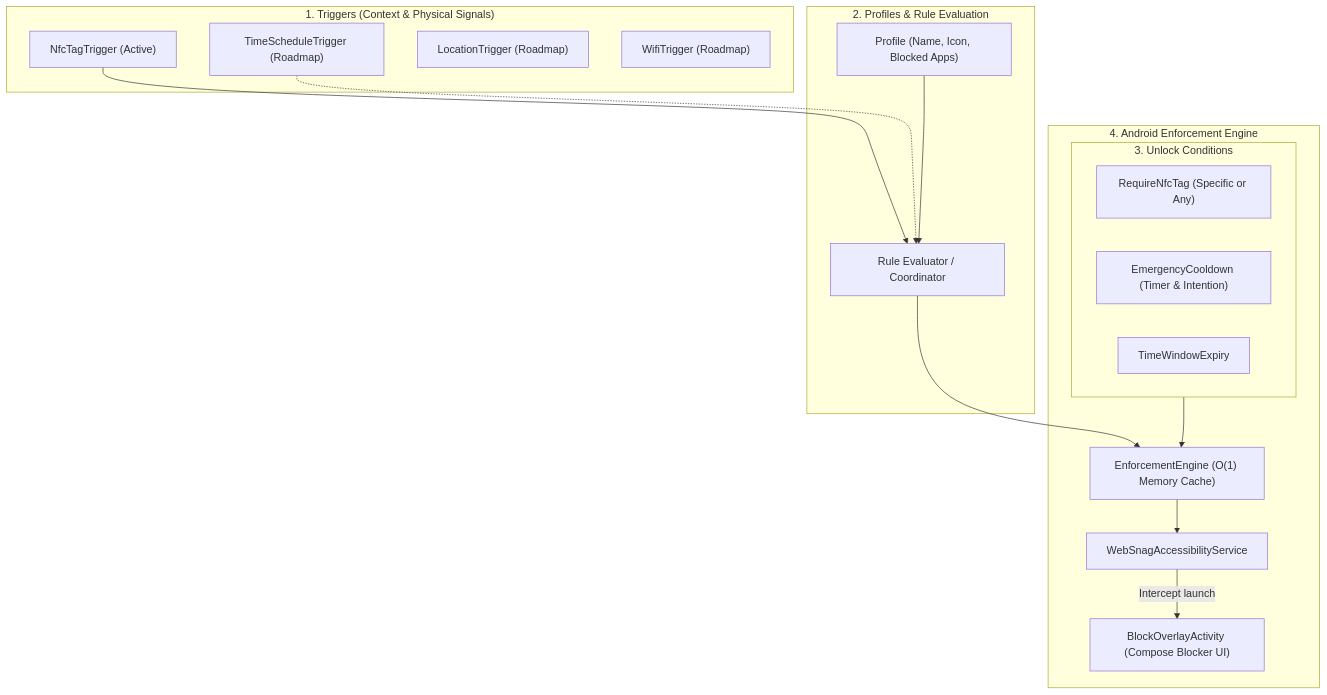
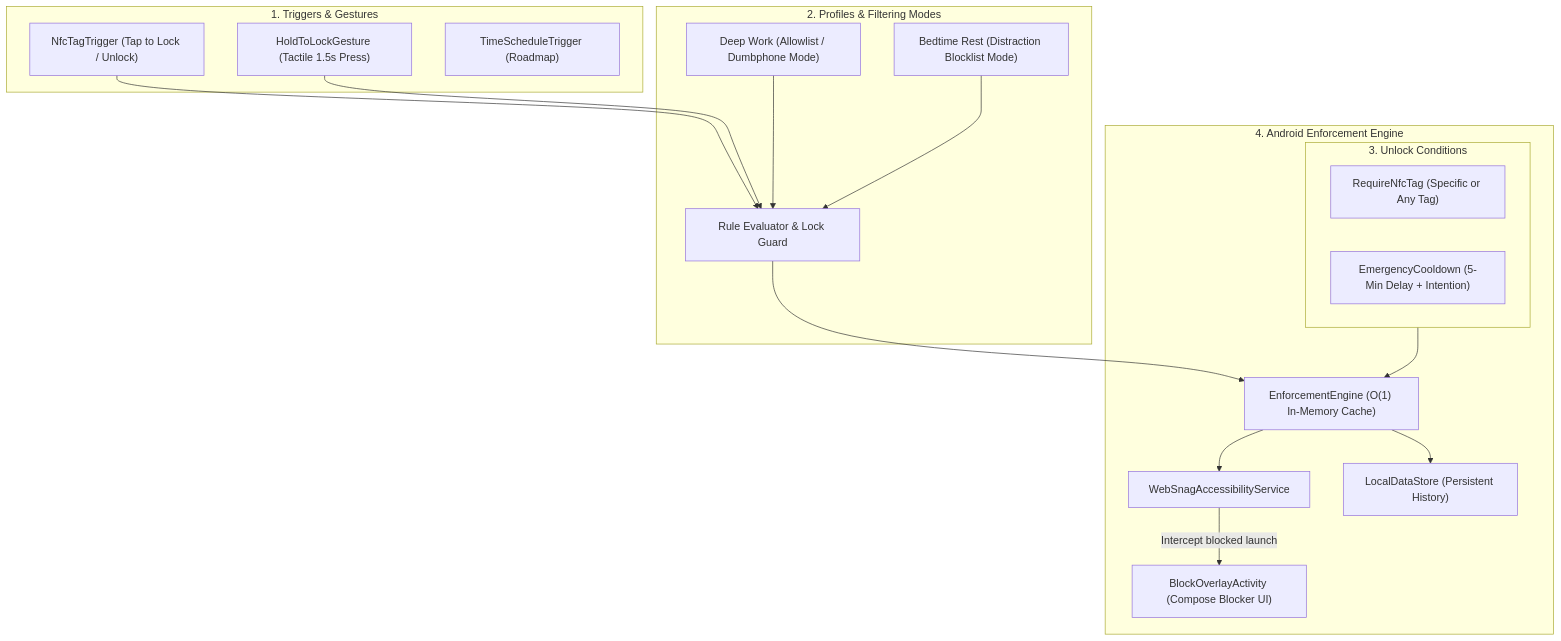
The diagram in README.md (mcasillas17/WebSnag), drawn with Mermaid before and after one commit. The commit also changed other lines of this file and 40 other files, not shown here.

````diff
--- a/README.md
+++ b/README.md
@@ -34,34 +34,36 @@
 ```mermaid
 flowchart TD
-    subgraph Triggers ["1. Triggers (Context & Physical Signals)"]
-        T1["NfcTagTrigger (Active)"]
-        T2["TimeScheduleTrigger (Roadmap)"]
-        T3["LocationTrigger (Roadmap)"]
-        T4["WifiTrigger (Roadmap)"]
+    subgraph Triggers ["1. Triggers & Gestures"]
+        T1["NfcTagTrigger (Tap to Lock / Unlock)"]
+        T2["HoldToLockGesture (Tactile 1.5s Press)"]
+        T3["TimeScheduleTrigger (Roadmap)"]
     end
 
-    subgraph Core ["2. Profiles & Rule Evaluation"]
-        P["Profile (Name, Icon, Blocked Apps)"]
-        R["Rule Evaluator / Coordinator"]
+    subgraph Core ["2. Profiles & Filtering Modes"]
+        P1["Deep Work (Allowlist / Dumbphone Mode)"]
+        P2["Bedtime Rest (Distraction Blocklist Mode)"]
+        R["Rule Evaluator & Lock Guard"]
         T1 --> R
-        T2 -.-> R
-        P --> R
+        T2 --> R
+        P1 --> R
+        P2 --> R
     end
 
     subgraph Conditions ["3. Unlock Conditions"]
-        U1["RequireNfcTag (Specific or Any)"]
-        U2["EmergencyCooldown (Timer & Intention)"]
-        U3["TimeWindowExpiry"]
+        U1["RequireNfcTag (Specific or Any Tag)"]
+        U2["EmergencyCooldown (5-Min Delay + Intention)"]
     end
 
     subgraph Enforcement ["4. Android Enforcement Engine"]
-        EE["EnforcementEngine (O(1) Memory Cache)"]
+        EE["EnforcementEngine (O(1) In-Memory Cache)"]
         AS["WebSnagAccessibilityService"]
         OA["BlockOverlayActivity (Compose Blocker UI)"]
+        DS["LocalDataStore (Persistent History)"]
         
         R --> EE
         Conditions --> EE
         EE --> AS
-        AS -->|"Intercept launch"| OA
+        EE --> DS
+        AS -->|"Intercept blocked launch"| OA
     end
 ```
````
